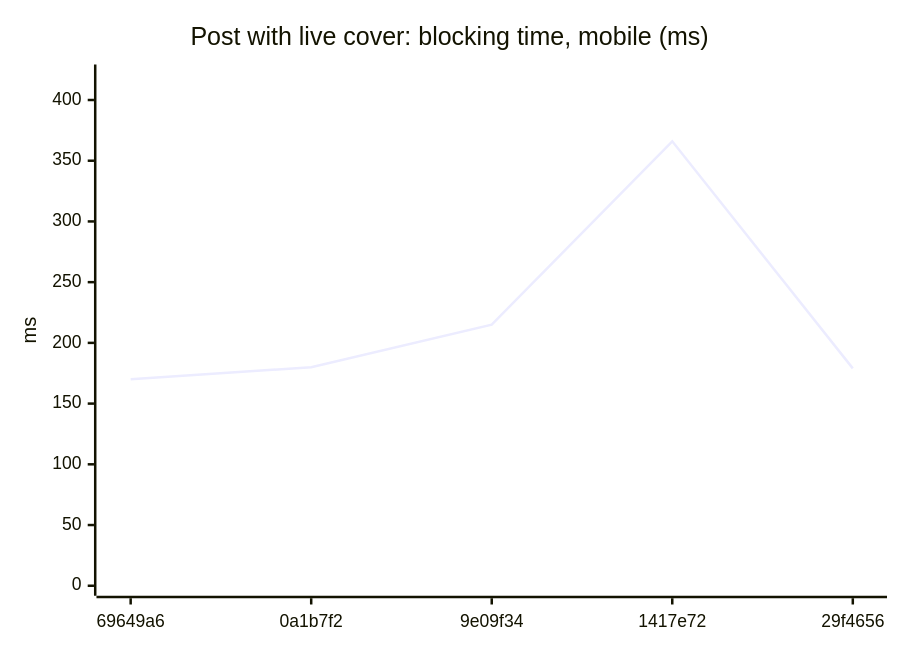
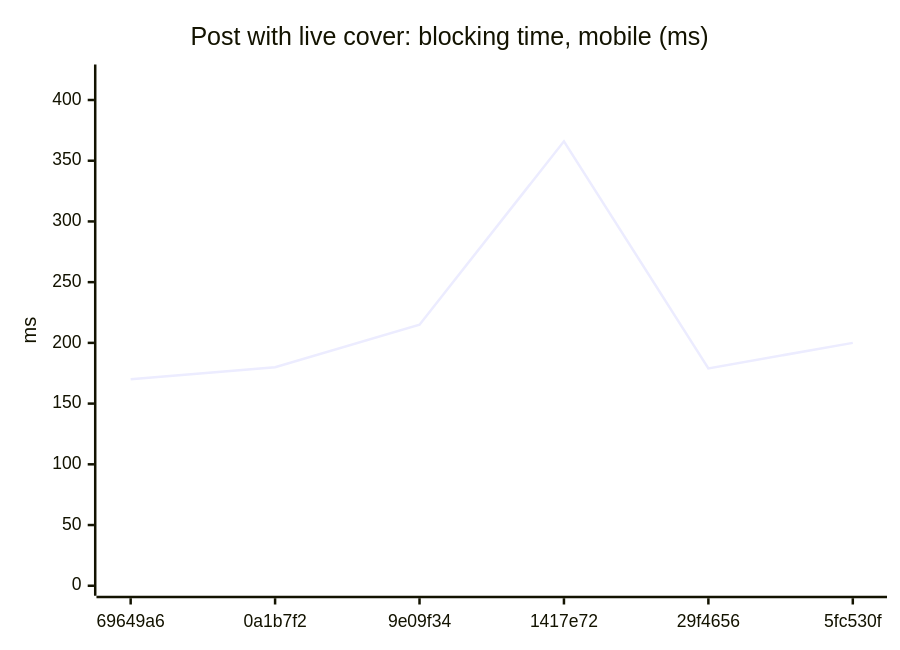
Diagram 14 of 18 in README.md (AxelUser/maltsev.space), drawn with Mermaid before and after one commit. The commit also changed other lines of this file and 1 other file, not shown here.

````diff
--- a/README.md
+++ b/README.md
@@ -151,7 +151,7 @@
 ```mermaid
 xychart-beta
   title "Post with live cover: blocking time, mobile (ms)"
-  x-axis ["69649a6", "0a1b7f2", "9e09f34", "1417e72", "29f4656"]
+  x-axis ["69649a6", "0a1b7f2", "9e09f34", "1417e72", "29f4656", "5fc530f"]
   y-axis "ms" 0 --> 421
-  line [170, 180, 215, 366, 179]
+  line [170, 180, 215, 366, 179, 200]
 ```
````
